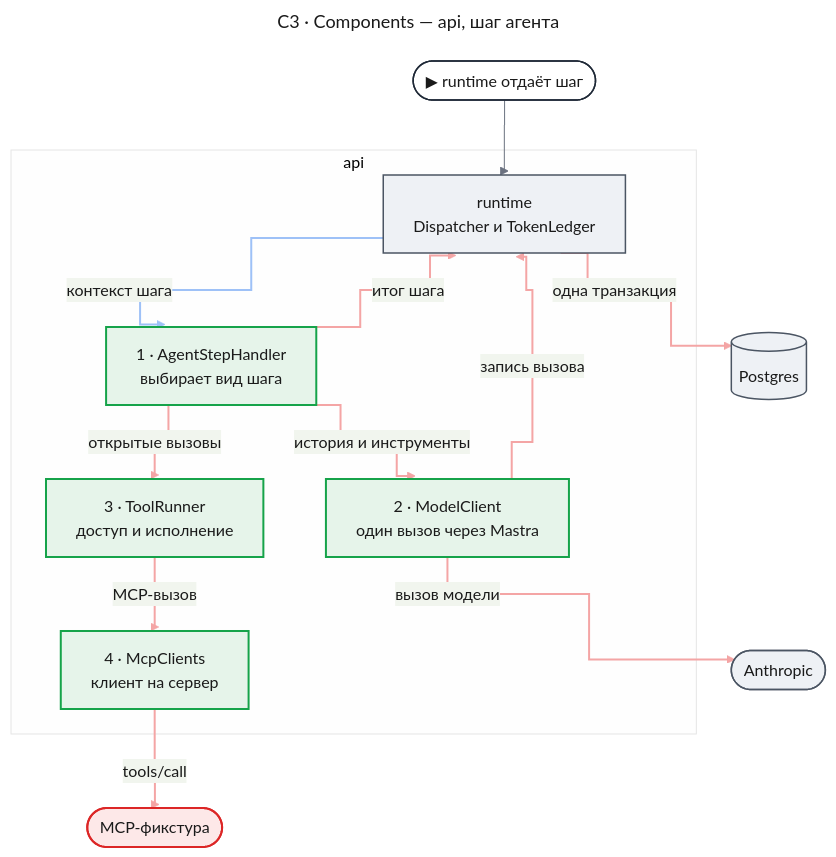
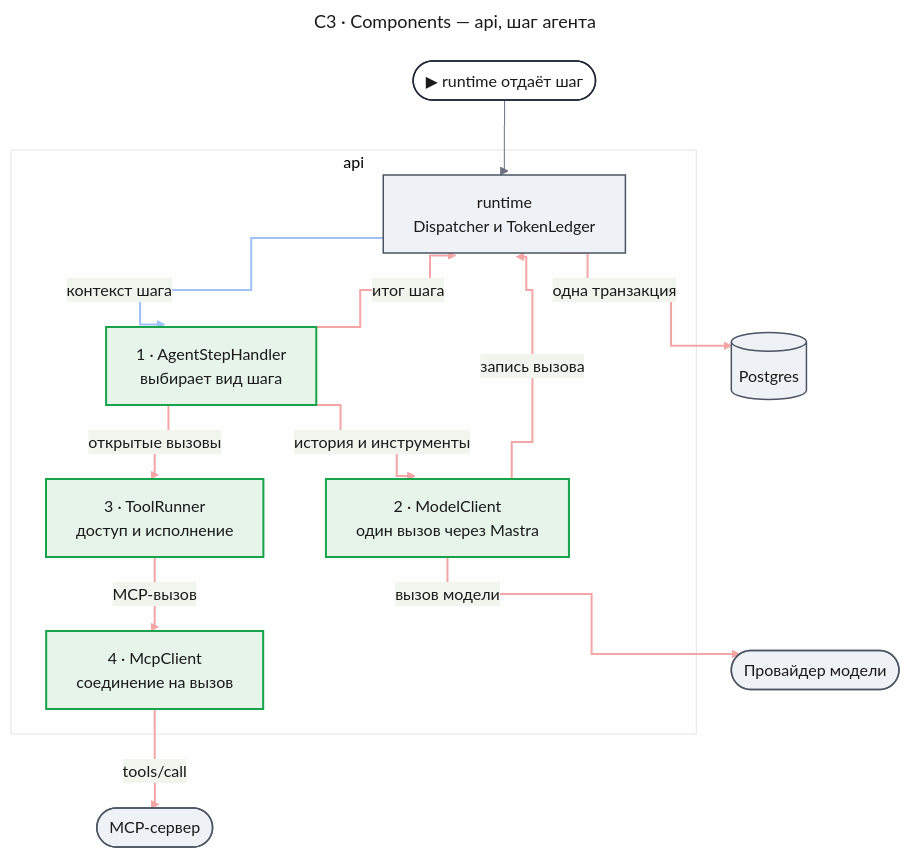
The second of 12 diagrams in docs/features/agent-platform/design-agents.md (tundraray/agent-os), drawn with Mermaid before and after one commit. The commit also changed other lines of this file and 420 other files, not shown here.

````diff
--- a/docs/features/agent-platform/design-agents.md
+++ b/docs/features/agent-platform/design-agents.md
@@ -200,66 +204,65 @@
 ```mermaid
 ---
 title: "C3 · Components — api, шаг агента"
 config:
   theme: base
   look: classic
   themeVariables:
     primaryColor: "#eef1f5"
     primaryBorderColor: "#4b5563"
     primaryTextColor: "#1a1a1a"
     lineColor: "#6b7280"
   flowchart:
     curve: step
   themeCSS: |
     @keyframes lit_ag3{0%,10%{stroke:#991b1b;stroke-width:6px}11.11%,100%{stroke:#f4a5a5;stroke-width:2px}}
     @keyframes litr_ag3{0%,10%{stroke:#1d4ed8;stroke-width:6px}11.11%,100%{stroke:#9ec1f7;stroke-width:2px}}
 ---
 flowchart TB
     entry(["▶ runtime отдаёт шаг"])
     subgraph api["api"]
         rt["runtime<br/>Dispatcher и TokenLedger"]
         h["1 · AgentStepHandler<br/>выбирает вид шага"]
         mc["2 · ModelClient<br/>один вызов через Mastra"]
         tr["3 · ToolRunner<br/>доступ и исполнение"]
-        mcpc["4 · McpClients<br/>клиент на сервер"]
+        mcpc["4 · McpClient<br/>соединение на вызов"]
     end
-    llm(["Anthropic"])
-    mcp(["MCP-фикстура"])
+    llm(["Провайдер модели"])
+    mcp(["MCP-сервер"])
     db[("Postgres")]
     entry --> rt
     rt e1@-->|"контекст шага"| h
     h e2@-->|"история и инструменты"| mc
     mc e3@-->|"вызов модели"| llm
     mc e4@-->|"запись вызова"| rt
     h e5@-->|"открытые вызовы"| tr
     tr e6@-->|"MCP-вызов"| mcpc
     mcpc e7@-->|"tools/call"| mcp
     h e8@-->|"итог шага"| rt
     rt e9@-->|"одна транзакция"| db
     classDef entry fill:#ffffff,stroke:#1f2937,stroke-width:1.5px,color:#1a1a1a
     classDef changed fill:#fde8e8,stroke:#dc2626,stroke-width:2px,color:#1a1a1a
     classDef new fill:#e6f4ea,stroke:#16a34a,stroke-width:2px,color:#1a1a1a
     classDef unchanged fill:#eef1f5,stroke:#4b5563,stroke-width:1.5px,color:#1a1a1a
     classDef r1 stroke:#9ec1f7,stroke-width:2px,animation:litr_ag3 10.8s linear 0s infinite
     classDef w1 stroke:#f4a5a5,stroke-width:2px,animation:lit_ag3 10.8s linear 1.2s infinite
     classDef w2 stroke:#f4a5a5,stroke-width:2px,animation:lit_ag3 10.8s linear 2.4s infinite
     classDef w3 stroke:#f4a5a5,stroke-width:2px,animation:lit_ag3 10.8s linear 3.6s infinite
     classDef w4 stroke:#f4a5a5,stroke-width:2px,animation:lit_ag3 10.8s linear 4.8s infinite
     classDef w5 stroke:#f4a5a5,stroke-width:2px,animation:lit_ag3 10.8s linear 6s infinite
     classDef w6 stroke:#f4a5a5,stroke-width:2px,animation:lit_ag3 10.8s linear 7.2s infinite
     classDef w7 stroke:#f4a5a5,stroke-width:2px,animation:lit_ag3 10.8s linear 8.4s infinite
     classDef w8 stroke:#f4a5a5,stroke-width:2px,animation:lit_ag3 10.8s linear 9.6s infinite
     class entry entry
-    class rt,llm,db unchanged
-    class mcp changed
+    class rt,llm,db,mcp unchanged
     class h,mc,tr,mcpc new
     class e1 r1
     class e2 w1
     class e3 w2
     class e4 w3
     class e5 w4
     class e6 w5
     class e7 w6
     class e8 w7
     class e9 w8
 ```
````
